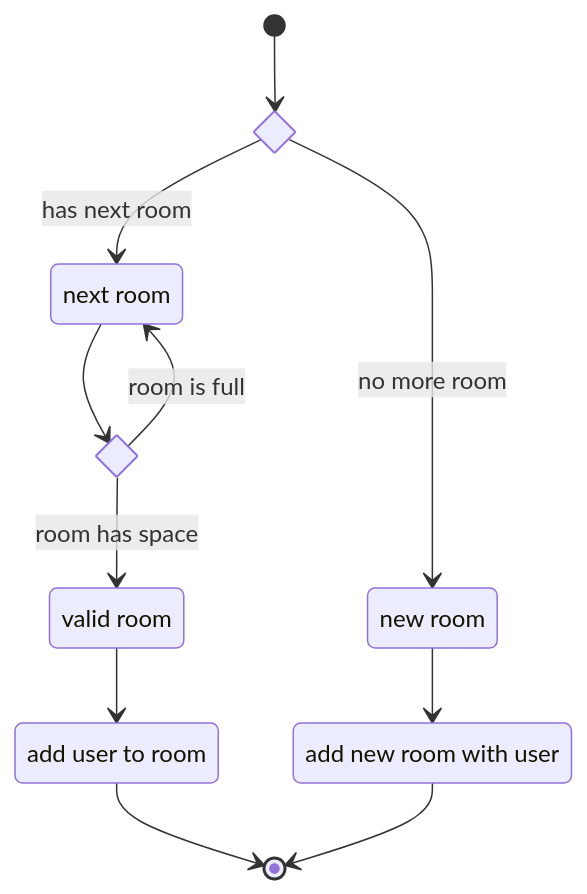
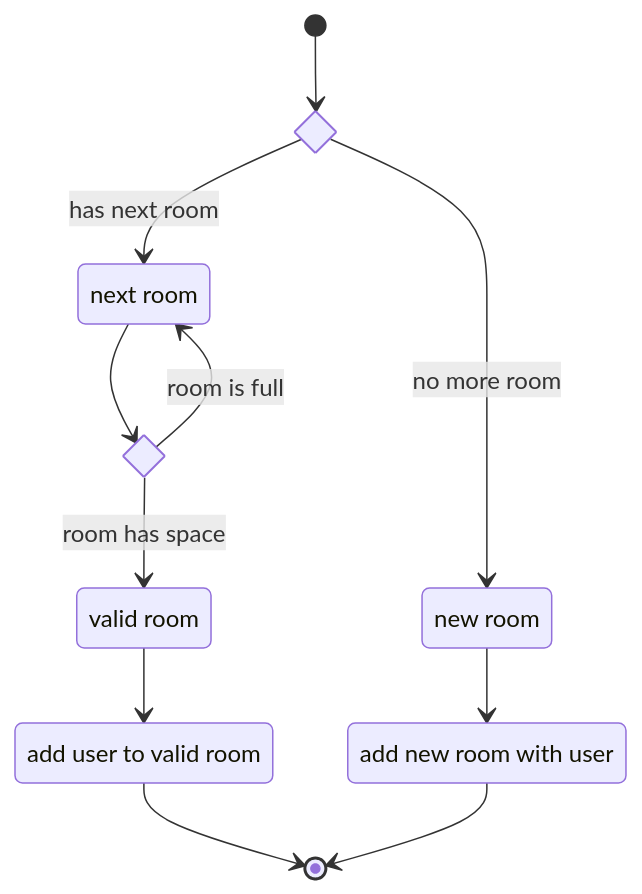
One commit to AdrKacz/super-duper-guacamole changed the sixth of 7 diagrams in README.md. Above: the diagram before and after it, drawn with Mermaid.

````diff
--- a/README.md
+++ b/README.md
@@ -154,25 +154,25 @@
 ```mermaid
 stateDiagram
 %%{config: { "themeCSS": ".label foreignObject { overflow: visible; }" }%%
     direction TB
     state i1 <<choice>>
     [*] --> i1
     i1 --> n: has next room
     i1 --> c: no more room
     n: next room
     v: valid room
 
     state i2 <<choice>>
     n --> i2
     i2 --> v: room has space
     i2 --> n: room is full
-    an: add user to room
+    an: add user to valid room
     v --> an
 
     c: new room
     ac: add new room with user
     c --> ac
 
     an --> [*]
     ac --> [*]
 ```
````
